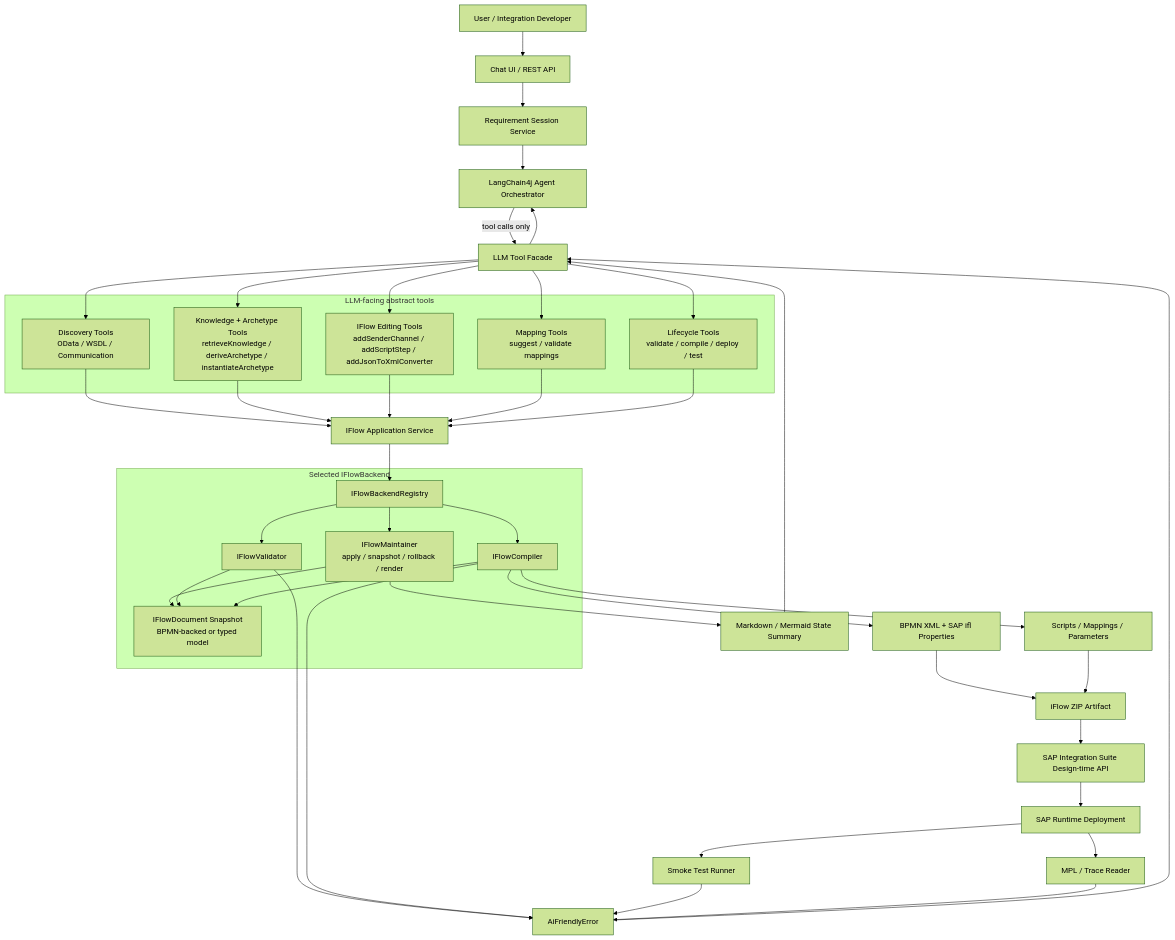
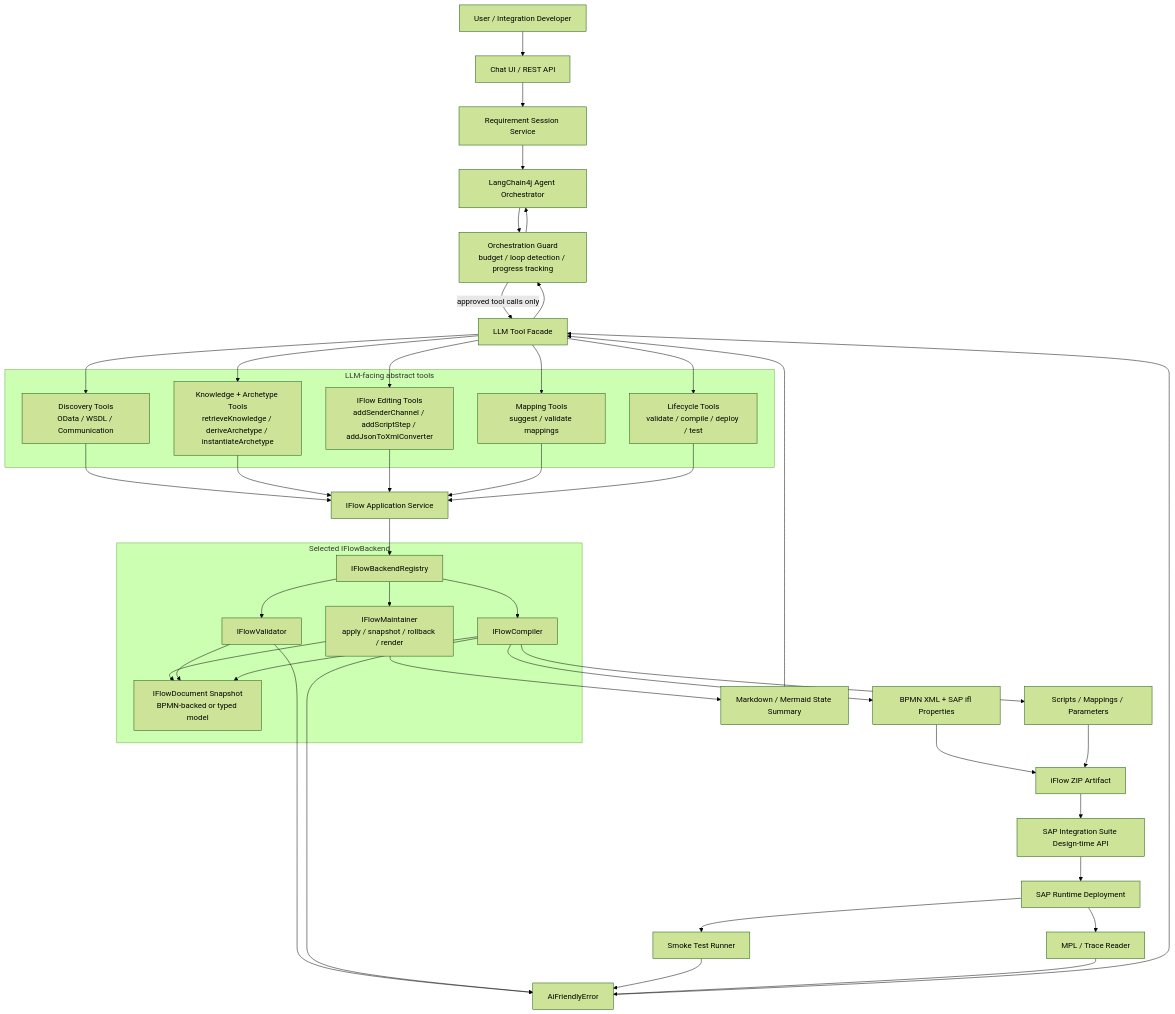
Before and after one commit to hqqw2h-lgtm/integrationsuite-agent: the first of 4 diagrams in docs/02-architecture.md, drawn with Mermaid (forest theme). The commit also changed other lines of this file and 5 other files, not shown here.

````diff
--- a/docs/02-architecture.md
+++ b/docs/02-architecture.md
@@ -15,58 +15,60 @@
 ```mermaid
 flowchart TD
     User[User / Integration Developer] --> UI[Chat UI / REST API]
     UI --> Session[Requirement Session Service]
     Session --> Orchestrator[LangChain4j Agent Orchestrator]
 
-    Orchestrator -->|tool calls only| Facade[LLM Tool Facade]
+    Orchestrator --> Guard[Orchestration Guard<br/>budget / loop detection / progress tracking]
+    Guard -->|approved tool calls only| Facade[LLM Tool Facade]
 
     subgraph LLMTools[LLM-facing abstract tools]
         Discovery[Discovery Tools<br/>OData / WSDL / Communication]
         Knowledge[Knowledge + Archetype Tools<br/>retrieveKnowledge / deriveArchetype / instantiateArchetype]
         Edit[IFlow Editing Tools<br/>addSenderChannel / addScriptStep / addJsonToXmlConverter]
         Mapping[Mapping Tools<br/>suggest / validate mappings]
         Lifecycle[Lifecycle Tools<br/>validate / compile / deploy / test]
     end
 
     Facade --> Discovery
     Facade --> Knowledge
     Facade --> Edit
     Facade --> Mapping
     Facade --> Lifecycle
 
     Discovery --> App[IFlow Application Service]
     Knowledge --> App
     Edit --> App
     Mapping --> App
     Lifecycle --> App
 
     App --> Registry[IFlowBackendRegistry]
 
     subgraph Backend[Selected IFlowBackend]
         Registry --> Maintainer[IFlowMaintainer<br/>apply / snapshot / rollback / render]
         Registry --> Validator[IFlowValidator]
         Registry --> Compiler[IFlowCompiler]
         Maintainer --> Document[IFlowDocument Snapshot<br/>BPMN-backed or typed model]
         Validator --> Document
         Compiler --> Document
     end
 
     Compiler --> Bpmn[BPMN XML + SAP ifl Properties]
     Compiler --> Resources[Scripts / Mappings / Parameters]
     Bpmn --> Zip[iFlow ZIP Artifact]
     Resources --> Zip
 
     Zip --> SapDesign[SAP Integration Suite Design-time API]
     SapDesign --> SapRuntime[SAP Runtime Deployment]
     SapRuntime --> Smoke[Smoke Test Runner]
     SapRuntime --> Mpl[MPL / Trace Reader]
 
     Maintainer --> Summary[Markdown / Mermaid State Summary]
     Summary --> Facade
     Validator --> Error[AiFriendlyError]
     Compiler --> Error
     Smoke --> Error
     Mpl --> Error
     Error --> Facade
-    Facade --> Orchestrator
+    Facade --> Guard
+    Guard --> Orchestrator
 ```
````
